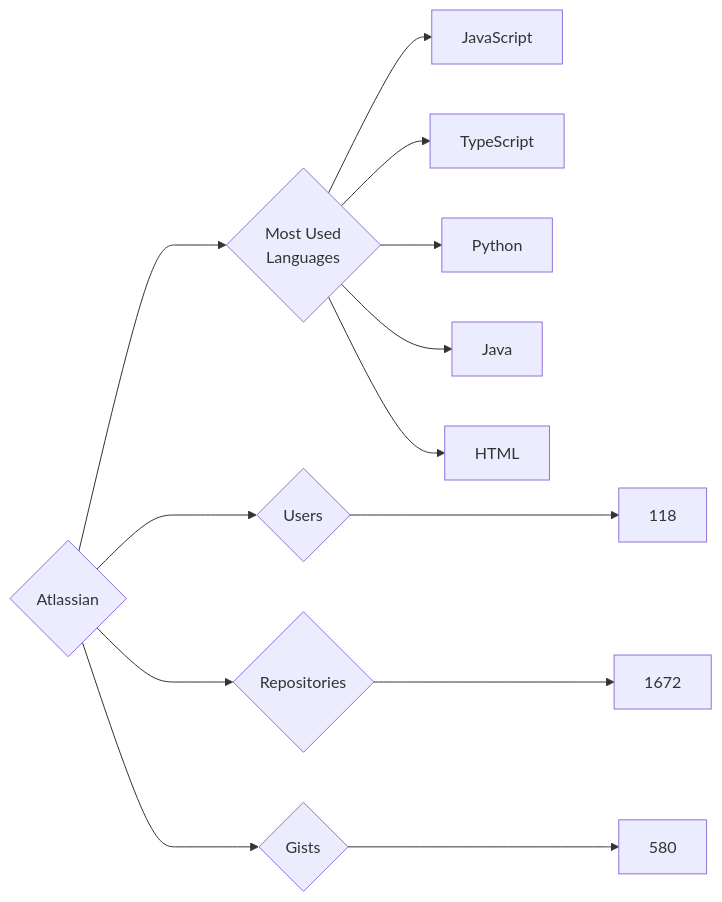
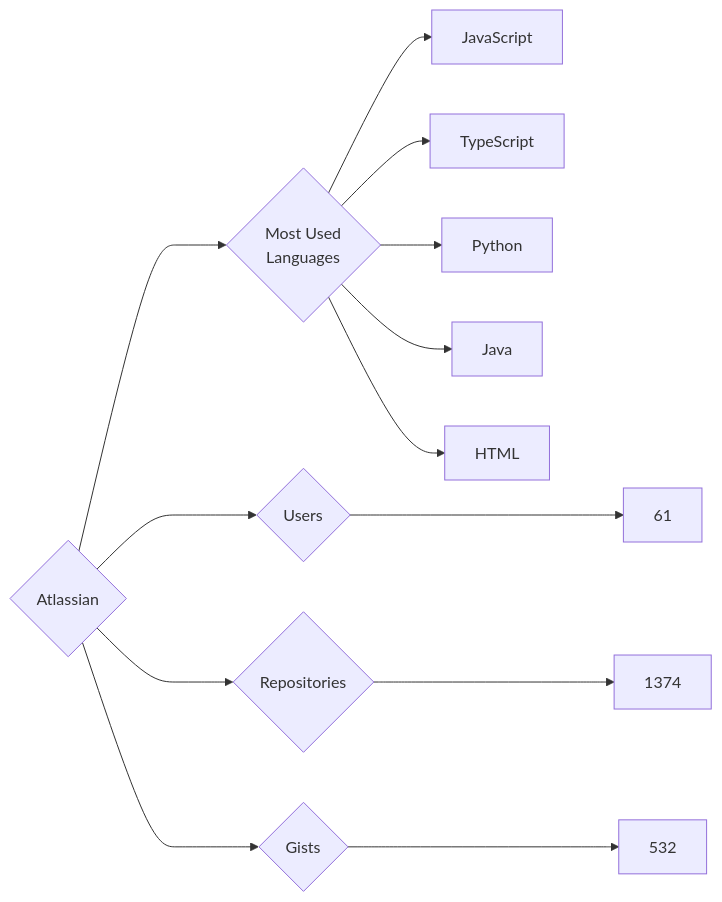
One commit to trickest/insiders changed the diagram in targets/Atlassian/README.md. Above: the diagram before and after it, drawn with Mermaid. The commit also changed 772 other files, not shown here.

````diff
--- a/targets/Atlassian/README.md
+++ b/targets/Atlassian/README.md
@@ -3,13 +3,13 @@
 ```mermaid
 graph LR
 COMPANY_NAME{Atlassian}
-COMPANY_NAME ---> U{Users} ---> UN[118]
-COMPANY_NAME ---> R{Repositories} ---> RN[1672]
-COMPANY_NAME ---> G{Gists} ---> GN[580]
+COMPANY_NAME ---> U{Users} ---> UN[61]
+COMPANY_NAME ---> R{Repositories} ---> RN[1374]
+COMPANY_NAME ---> G{Gists} ---> GN[532]
 COMPANY_NAME ---> ML{Most Used<br>Languages}
 ML --> JavaScript[JavaScript]
 ML --> TypeScript[TypeScript]
 ML --> Python[Python]
 ML --> Java[Java]
 ML --> HTML[HTML]
 ```
````
